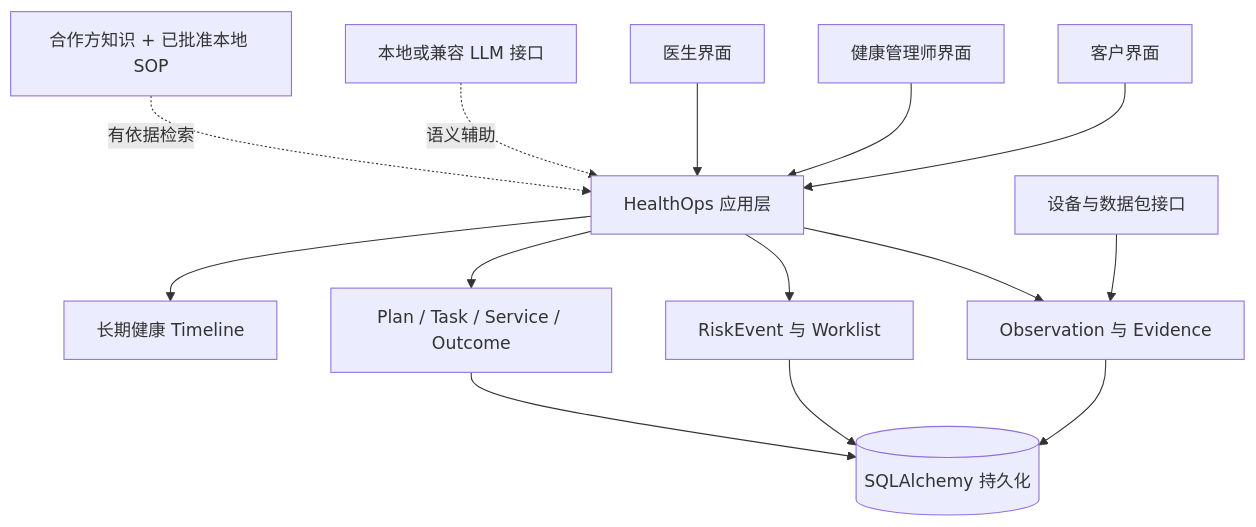
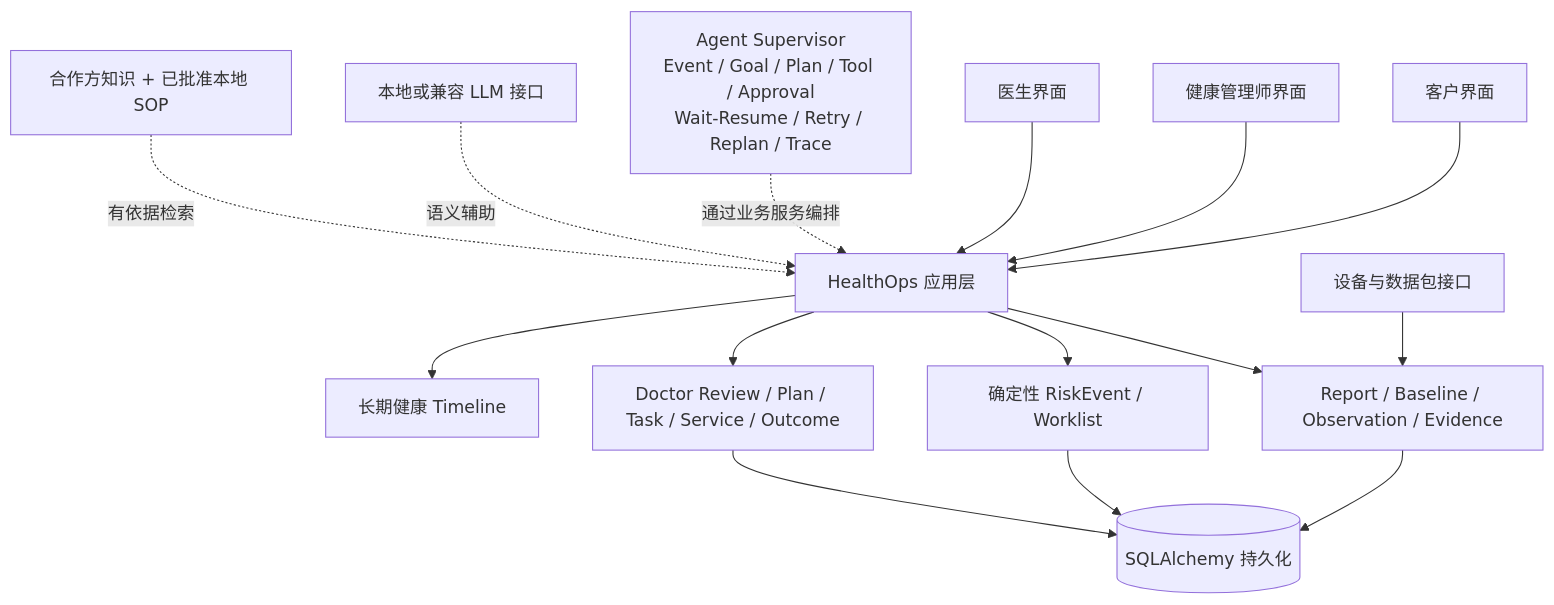
The second of 2 diagrams in README_zh.md (KaedeharaT/executive-healthops), drawn with Mermaid before and after one commit. The commit also changed other lines of this file and 11 other files, not shown here.

Commit message:
docs: refresh HealthOps portfolio for baseline and agent supervisor

````diff
--- a/README_zh.md
+++ b/README_zh.md
@@ -129,19 +170,21 @@
 ```mermaid
 flowchart TB
     M[客户界面] --> A[HealthOps 应用层]
     H[健康管理师界面] --> A
     D[医生界面] --> A
 
-    A --> C[Observation 与 Evidence]
-    A --> R[RiskEvent 与 Worklist]
-    A --> W[Plan / Task / Service / Outcome]
+    A --> C[Report / Baseline / Observation / Evidence]
+    A --> R[确定性 RiskEvent / Worklist]
+    A --> W[Doctor Review / Plan / Task / Service / Outcome]
     A --> T[长期健康 Timeline]
+
+    S[Agent Supervisor<br/>Event / Goal / Plan / Tool / Approval<br/>Wait-Resume / Retry / Replan / Trace] -.通过业务服务编排.-> A
 
     C --> DB[(SQLAlchemy 持久化)]
     R --> DB
     W --> DB
 
     AI[本地或兼容 LLM 接口] -.语义辅助.-> A
     K[合作方知识 + 已批准本地 SOP] -.有依据检索.-> A
     V[设备与数据包接口] --> C
 ```
````
